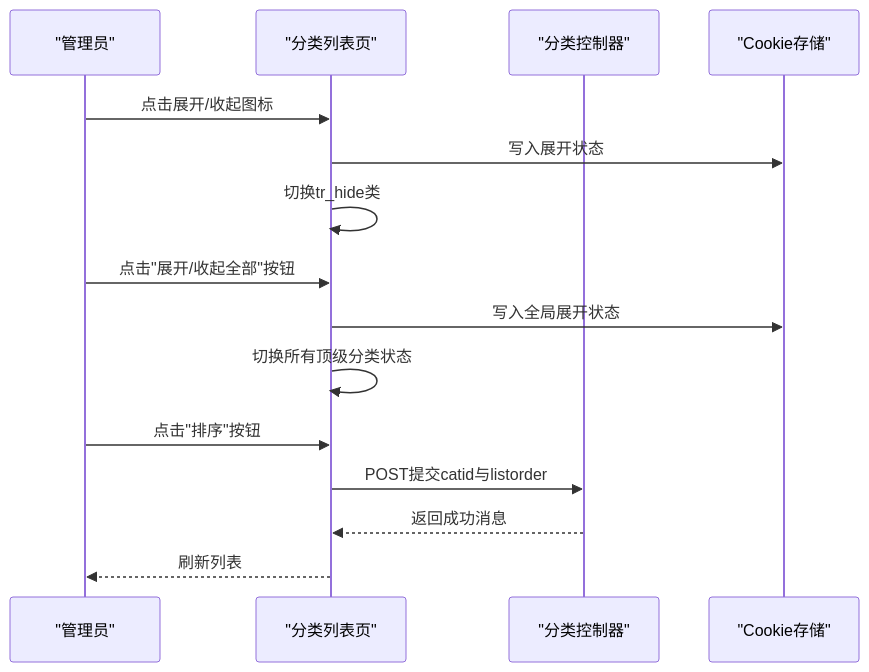
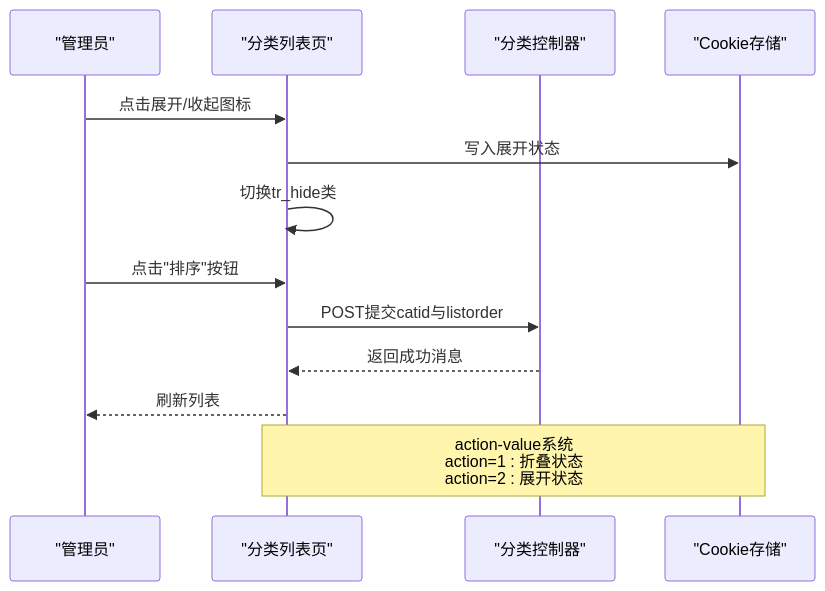
The fifth of 7 diagrams in .qoder/repowiki/zh/content/系统架构/模块化设计/后台管理模块/分类管理.md (lirongyaoper/lryblog.com), drawn with Mermaid before and after one commit. The commit also changed other lines of this file and 13 other files, not shown here.

````diff
--- a/.qoder/repowiki/zh/content/系统架构/模块化设计/后台管理模块/分类管理.md
+++ b/.qoder/repowiki/zh/content/系统架构/模块化设计/后台管理模块/分类管理.md
@@ -260,17 +214,15 @@
 ```mermaid
 sequenceDiagram
 participant U as "管理员"
 participant V as "分类列表页"
 participant C as "分类控制器"
 participant S as "Cookie存储"
 U->>V : 点击展开/收起图标
 V->>S : 写入展开状态
 V->>V : 切换tr_hide类
-U->>V : 点击"展开/收起全部"按钮
-V->>S : 写入全局展开状态
-V->>V : 切换所有顶级分类状态
 U->>V : 点击"排序"按钮
 V->>C : POST提交catid与listorder
 C-->>V : 返回成功消息
 V-->>U : 刷新列表
+Note over V,S : action-value系统<br/>action=1 : 折叠状态<br/>action=2 : 展开状态
 ```
````
